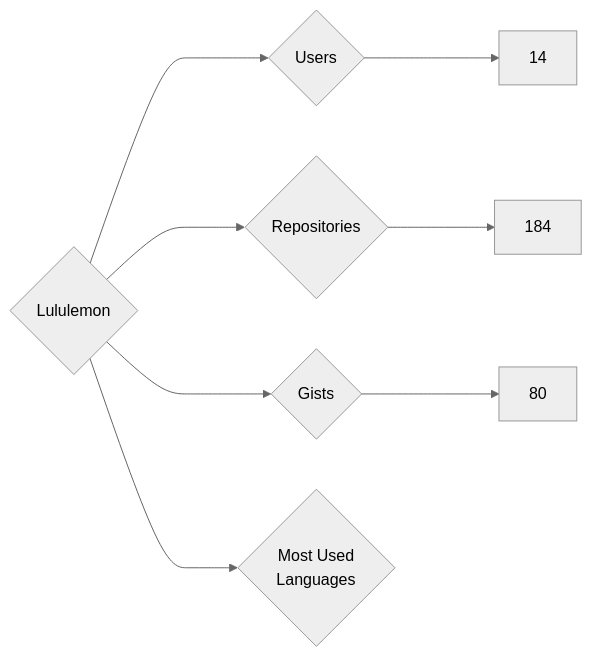
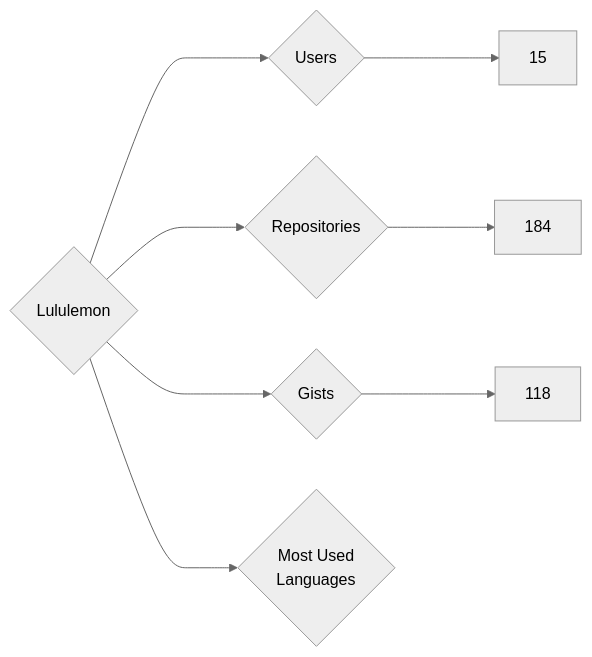
One commit to nenadzaric/insiders changed the diagram in targets/Lululemon/README.md. Above: the diagram before and after it, drawn with Mermaid (neutral theme). The commit also changed 1342 other files, not shown here.

````diff
--- a/targets/Lululemon/README.md
+++ b/targets/Lululemon/README.md
@@ -3,8 +3,8 @@
 ```mermaid
 graph LR
 COMPANY_NAME{Lululemon}
-COMPANY_NAME ---> U{Users} ---> UN[14]
+COMPANY_NAME ---> U{Users} ---> UN[15]
 COMPANY_NAME ---> R{Repositories} ---> RN[184]
-COMPANY_NAME ---> G{Gists} ---> GN[80]
+COMPANY_NAME ---> G{Gists} ---> GN[118]
 COMPANY_NAME ---> ML{Most Used<br>Languages}
 ```
````
